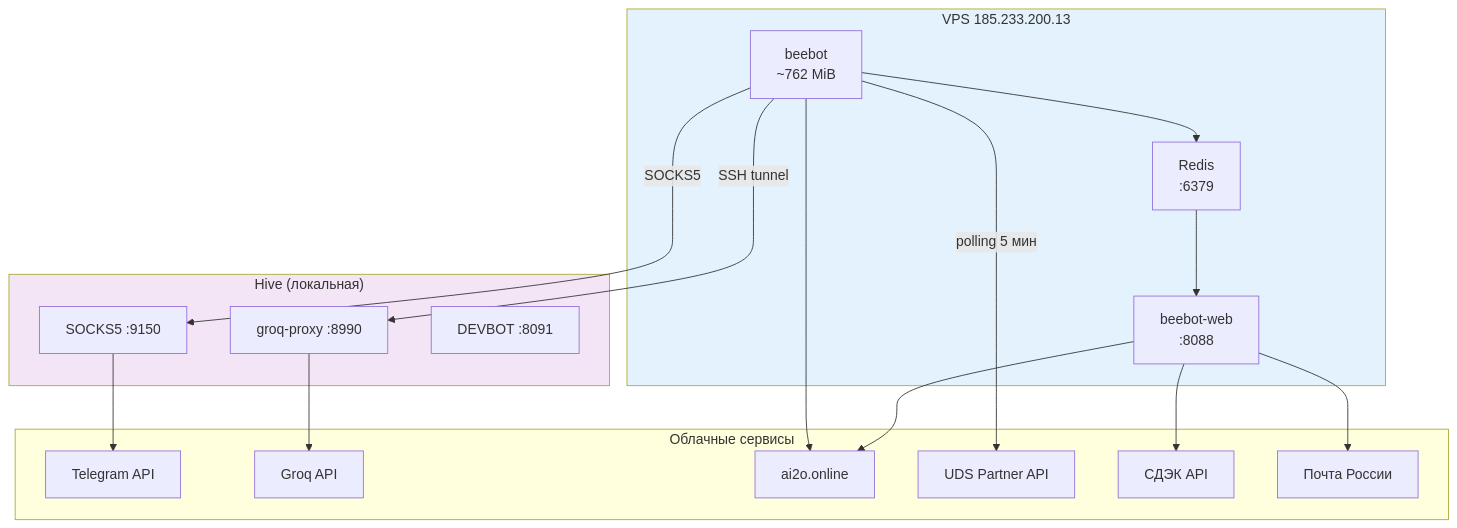
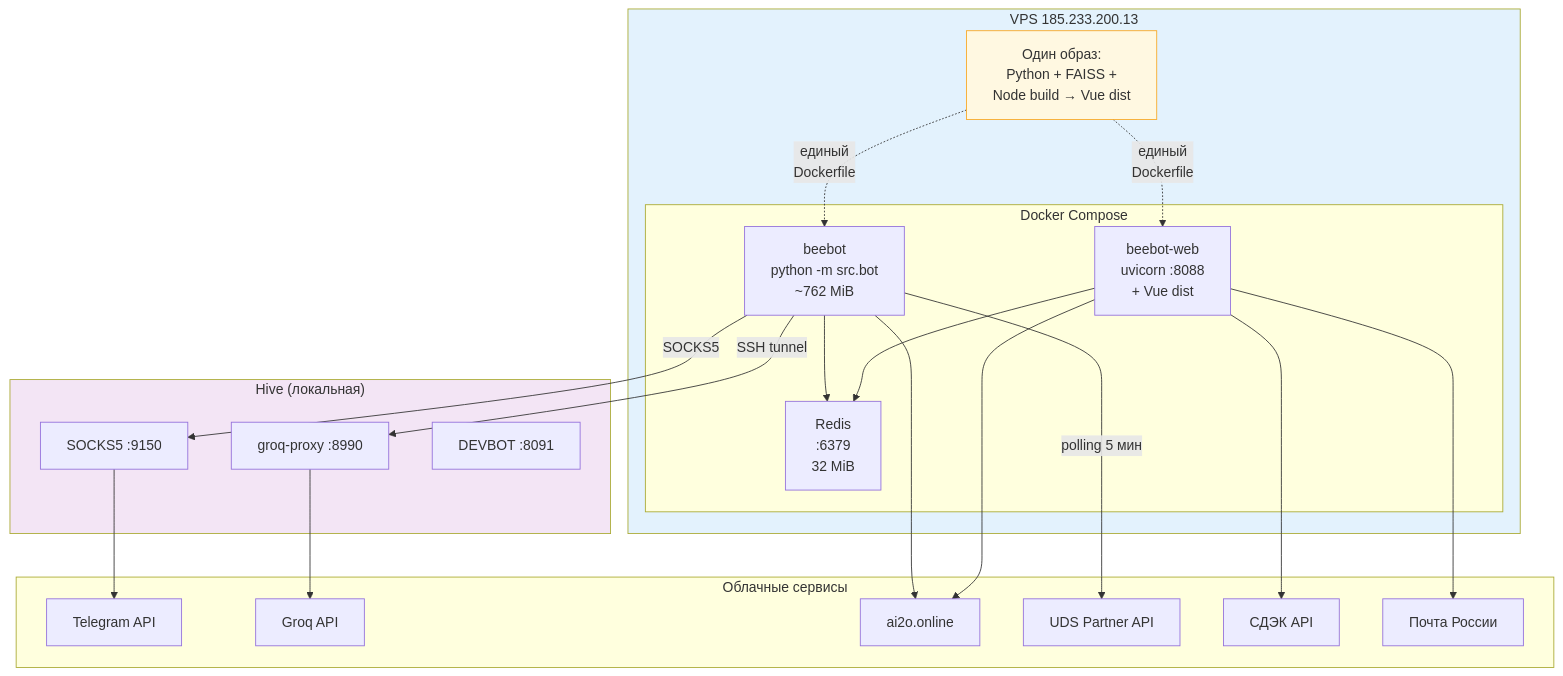
Diagram 11 of 15 in docs/architecture.md (unidel2035/BEEBOT), drawn with Mermaid before and after one commit. The commit also changed other lines of this file and 19 other files, not shown here.

````diff
--- a/docs/architecture.md
+++ b/docs/architecture.md
@@ -356,33 +434,39 @@
 ```mermaid
 graph TB
     subgraph VPS["VPS 185.233.200.13"]
-        BOT_C["beebot<br/>~762 MiB"]
-        WEB_C["beebot-web<br/>:8088"]
-        REDIS_C["Redis<br/>:6379"]
+        subgraph DOCKER["Docker Compose"]
+            BOT_C["beebot<br/>python -m src.bot<br/>~762 MiB"]
+            WEB_C["beebot-web<br/>uvicorn :8088<br/>+ Vue dist"]
+            REDIS_C["Redis<br/>:6379<br/>32 MiB"]
+        end
+        NOTE_IMG["Один образ:<br/>Python + FAISS +<br/>Node build → Vue dist"]
     end
 
     subgraph HIVE["Hive (локальная)"]
         GROQ_P["groq-proxy :8990"]
         SOCKS["SOCKS5 :9150"]
         DEVBOT_C["DEVBOT :8091"]
     end
 
     subgraph CLOUD["Облачные сервисы"]
         TG_API["Telegram API"]
         GROQ_API["Groq API"]
         CRM_V2_C["ai2o.online"]
         UDS_C["UDS Partner API"]
         CDEK["СДЭК API"]
         POCHTA["Почта России"]
     end
 
     BOT_C -->|"SSH tunnel"| GROQ_P --> GROQ_API
     BOT_C -->|"SOCKS5"| SOCKS --> TG_API
-    BOT_C --> REDIS_C --> WEB_C
+    BOT_C & WEB_C --> REDIS_C
     BOT_C & WEB_C --> CRM_V2_C
     BOT_C -->|"polling 5 мин"| UDS_C
     WEB_C --> CDEK & POCHTA
 
+    NOTE_IMG -.->|"единый<br/>Dockerfile"| BOT_C & WEB_C
+
     style VPS fill:#e3f2fd
     style HIVE fill:#f3e5f5
+    style NOTE_IMG fill:#fff8e1,stroke:#f9a825
 ```
````
